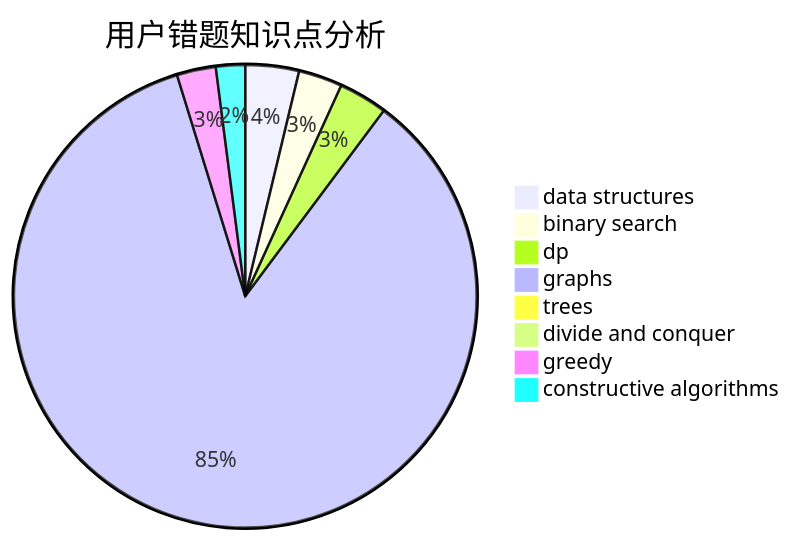
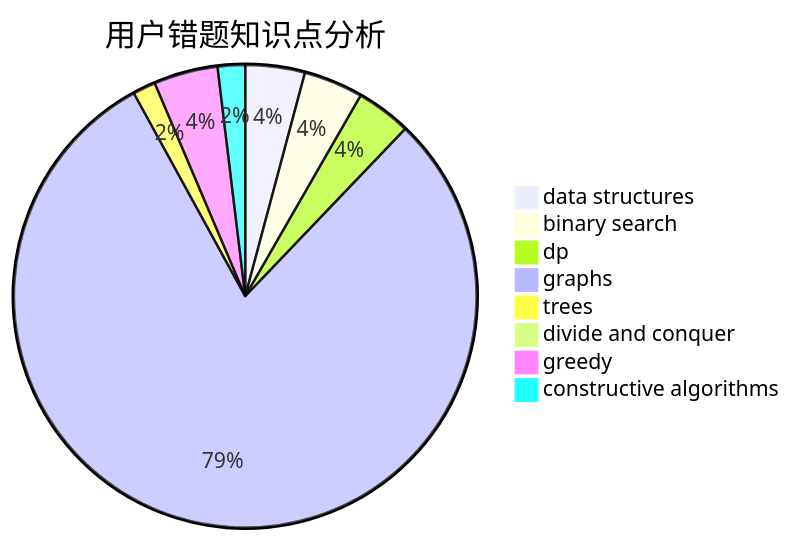
Before and after one commit to sherpahu/cfrs.github.io: the third of 3 diagrams in docs/user/u1731.md, drawn with Mermaid. The commit also changed other lines of this file and 2770 other files, not shown here.

````diff
--- a/docs/user/u1731.md
+++ b/docs/user/u1731.md
@@ -36,11 +36,11 @@
 ```mermaid
 pie title 用户错题知识点分析
-    "data structures" :  11
-    "binary search" :  9
-    "dp" :  10
+    "data structures" :  13
+    "binary search" :  13
+    "dp" :  12
     "graphs" :  250
-    "trees" :  0
-    "divide and conquer" :  0
-    "greedy" :  8
+    "trees" :  5
+    "divide and conquer" :  2
+    "greedy" :  14
     "constructive algorithms" :  6
 ```
````
